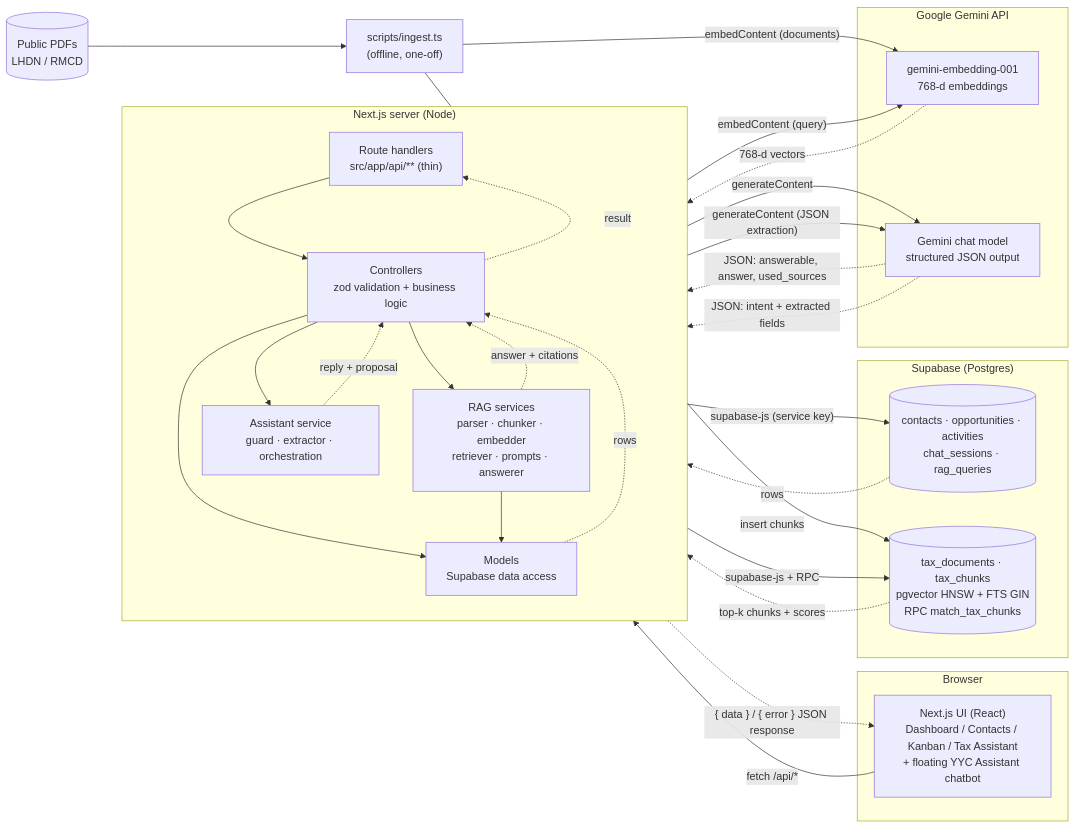
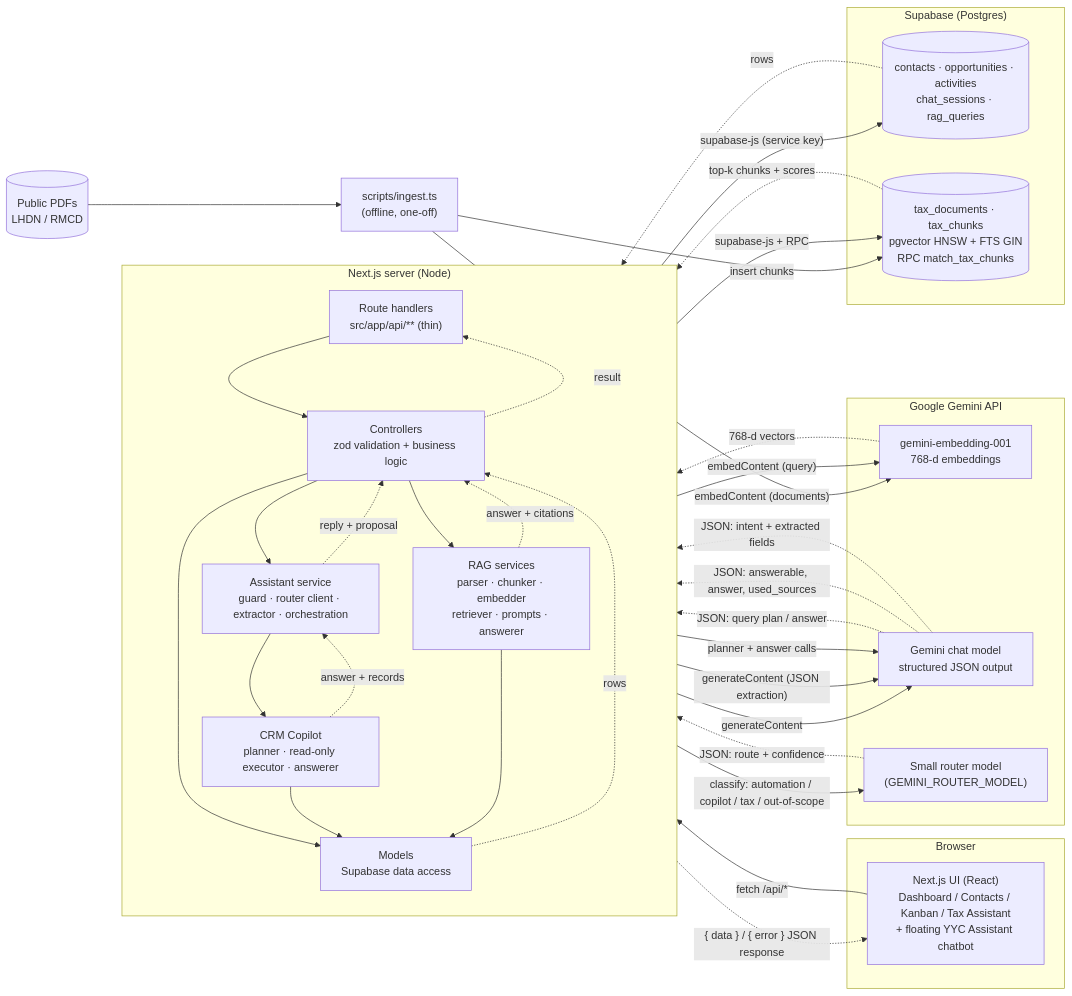
The first of 2 diagrams in ARCHITECTURE.md (Aidenthien/YYC-CRM-Assessment), drawn with Mermaid before and after one commit. The commit also changed other lines of this file and 17 other files, not shown here.

Commit message:
feat: enhanced version of YYC assistant chatbot that allows user to ask questions about their CRM data

````diff
--- a/ARCHITECTURE.md
+++ b/ARCHITECTURE.md
@@ -9,54 +9,63 @@
 ```mermaid
 flowchart LR
   subgraph Browser
     UI["Next.js UI (React)\nDashboard / Contacts / Kanban / Tax Assistant\n+ floating YYC Assistant chatbot"]
   end
 
   subgraph Next["Next.js server (Node)"]
     direction TB
     R["Route handlers\nsrc/app/api/**  (thin)"]
     C["Controllers\nzod validation + business logic"]
     M["Models\nSupabase data access"]
     S["RAG services\nparser · chunker · embedder\nretriever · prompts · answerer"]
-    A["Assistant service\nguard · extractor · orchestration"]
+    A["Assistant service\nguard · router client · extractor · orchestration"]
+    CP["CRM Copilot\nplanner · read-only executor · answerer"]
     R --> C
     C --> M
     C --> S
     C --> A
+    A --> CP
+    CP --> M
     S --> M
     M -.->|rows| C
     S -.->|answer + citations| C
     A -.->|reply + proposal| C
+    CP -.->|answer + records| A
     C -.->|result| R
   end
 
   subgraph Supabase["Supabase (Postgres)"]
     CRM[("contacts · opportunities · activities\nchat_sessions · rag_queries")]
     VEC[("tax_documents · tax_chunks\npgvector HNSW + FTS GIN\nRPC match_tax_chunks")]
   end
 
   subgraph Google["Google Gemini API"]
     EMB["gemini-embedding-001\n768-d embeddings"]
     LLM["Gemini chat model\nstructured JSON output"]
+    RTR["Small router model\n(GEMINI_ROUTER_MODEL)"]
   end
 
   PDF[("Public PDFs\nLHDN / RMCD")]
   ING["scripts/ingest.ts\n(offline, one-off)"]
 
   UI -- "fetch /api/*" --> R
   M -- "supabase-js (service key)" --> CRM
   M -- "supabase-js + RPC" --> VEC
   S -- "embedContent (query)" --> EMB
   S -- "generateContent" --> LLM
+  A -- "classify: automation / copilot / tax / out-of-scope" --> RTR
+  RTR -. "JSON: route + confidence" .-> A
   A -- "generateContent (JSON extraction)" --> LLM
+  CP -- "planner + answer calls" --> LLM
+  LLM -. "JSON: query plan / answer" .-> CP
   CRM -. "rows" .-> M
   VEC -. "top-k chunks + scores" .-> M
   EMB -. "768-d vectors" .-> S
   LLM -. "JSON: answerable, answer, used_sources" .-> S
   LLM -. "JSON: intent + extracted fields" .-> A
   R -. "{ data } / { error } JSON response" .-> UI
   PDF --> ING
   ING -- "embedContent (documents)" --> EMB
   ING -- "insert chunks" --> VEC
 
 ```
````
